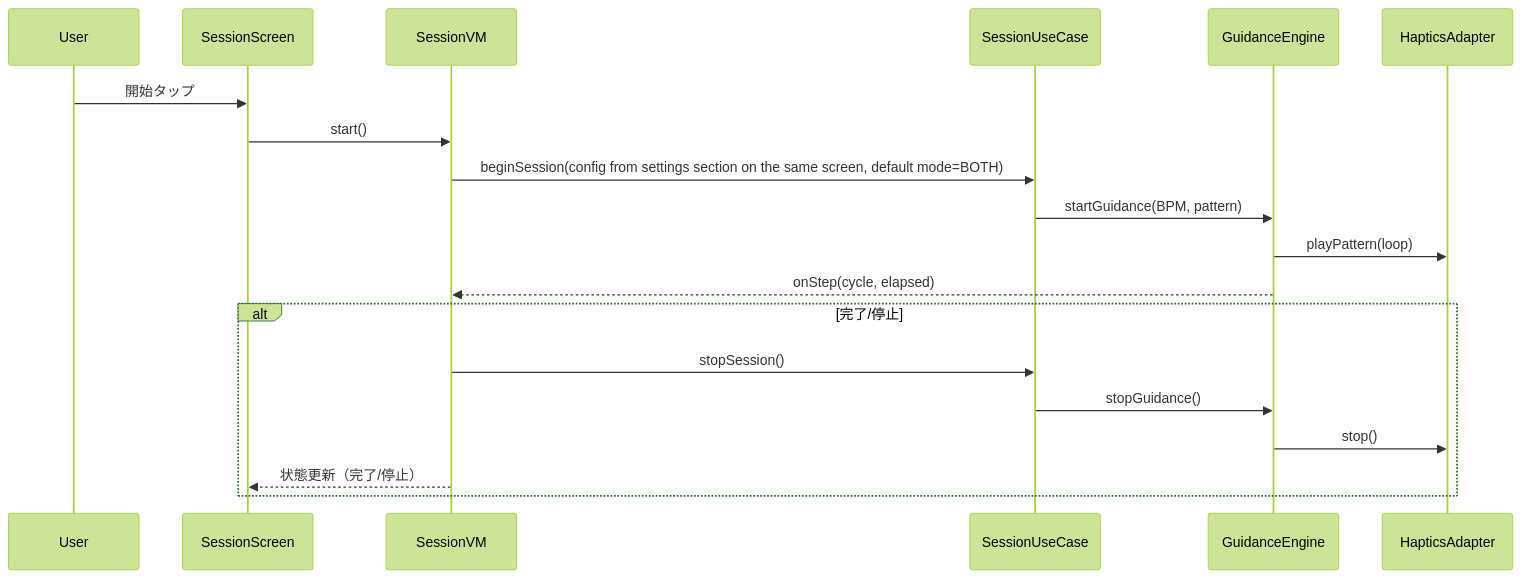
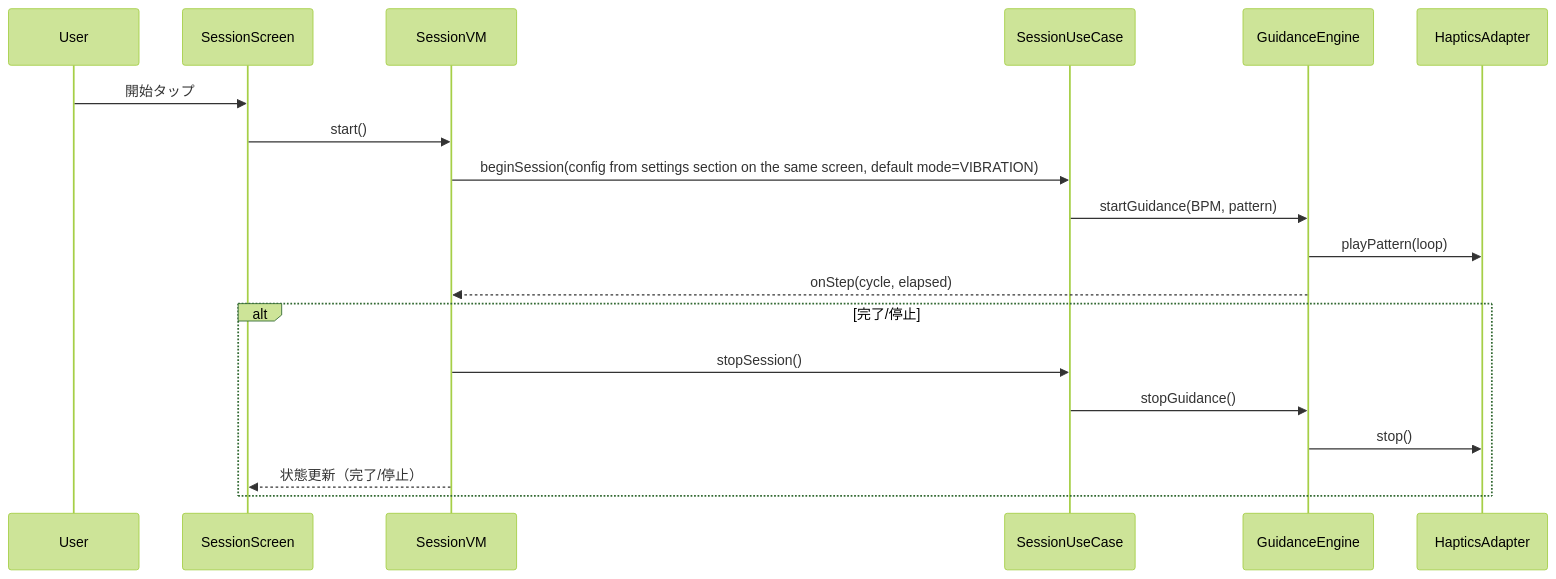
The second of 2 diagrams in .kiro/specs/calm-heart-rate-app/design.md (n4cl/CalmVibe), drawn with Mermaid (forest theme) before and after one commit. The commit also changed other lines of this file and 5 other files, not shown here.

````diff
--- a/.kiro/specs/calm-heart-rate-app/design.md
+++ b/.kiro/specs/calm-heart-rate-app/design.md
@@ -45,22 +45,22 @@
 ```mermaid
 sequenceDiagram
   participant User
   participant UI as SessionScreen
   participant VM as SessionVM
   participant UC as SessionUseCase
   participant GE as GuidanceEngine
   participant HA as HapticsAdapter
 
   User->>UI: 開始タップ
   UI->>VM: start()
-  VM->>UC: beginSession(config from settings section on the same screen, default mode=BOTH)
+  VM->>UC: beginSession(config from settings section on the same screen, default mode=VIBRATION)
   UC->>GE: startGuidance(BPM, pattern)
   GE->>HA: playPattern(loop)
   GE-->>VM: onStep(cycle, elapsed)
   alt 完了/停止
     VM->>UC: stopSession()
     UC->>GE: stopGuidance()
     GE->>HA: stop()
     VM-->>UI: 状態更新（完了/停止）
   end
 ```
````
